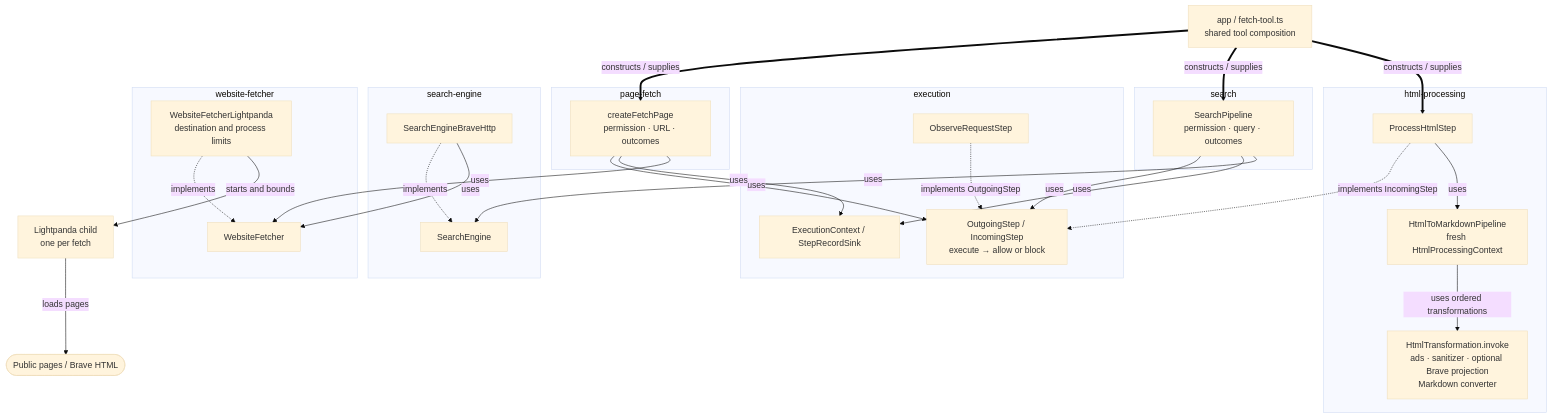
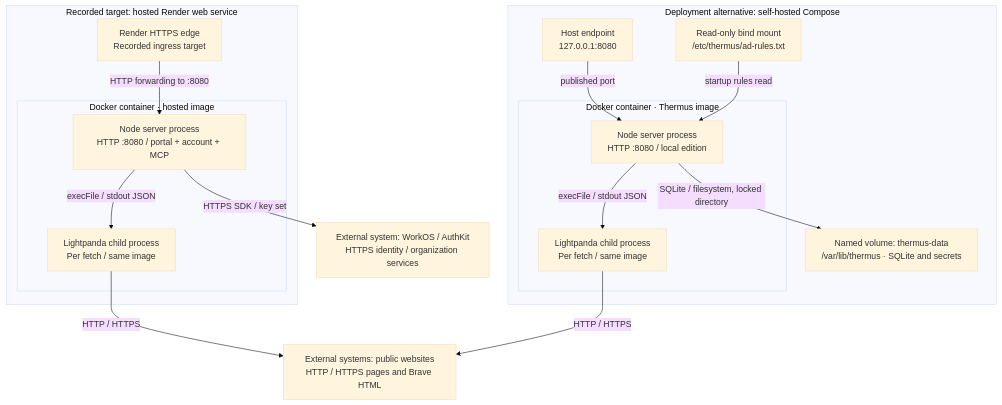
One commit to tomer-mayara/Thermus changed the tenth of 10 diagrams in architecture/components.md. Above: the diagram before and after it, drawn with Mermaid (base theme). The commit also changed other lines of this file, not shown here.

Commit message:
Document arc42 and C4 architecture baseline

````diff
--- a/architecture/components.md
+++ b/architecture/components.md
@@ -174,48 +473,31 @@
 ```mermaid
+%%{init: {"flowchart": {"wrappingWidth": 260}}}%%
 flowchart TB
-  tool_root["app / fetch-tool.ts<br/>shared tool composition"]
-  subgraph tool_fetch_owner["page-fetch"]
-    tool_fetch["createFetchPage<br/>permission · URL · outcomes"]
+  subgraph deploy_local["Deployment alternative: self-hosted Compose"]
+    deploy_loopback["Host endpoint<br/>127.0.0.1:8080"]
+    subgraph deploy_local_docker["Docker container · Thermus image"]
+      deploy_local_node["Node server process<br/>HTTP :8080 / local edition"]
+      deploy_local_child["Lightpanda child process<br/>Per fetch / same image"]
+    end
+    deploy_volume["Named volume: thermus-data<br/>/var/lib/thermus · SQLite and secrets"]
+    deploy_rules["Read-only bind mount<br/>/etc/thermus/ad-rules.txt"]
+    deploy_loopback -->|published port| deploy_local_node
+    deploy_local_node -->|execFile / stdout JSON| deploy_local_child
+    deploy_local_node -->|SQLite / filesystem, locked directory| deploy_volume
+    deploy_rules -->|startup rules read| deploy_local_node
   end
-  subgraph tool_search_owner["search"]
-    tool_search["SearchPipeline<br/>permission · query · outcomes"]
+  subgraph deploy_hosted["Recorded target: hosted Render web service"]
+    deploy_edge["Render HTTPS edge<br/>Recorded ingress target"]
+    subgraph deploy_hosted_docker["Docker container · hosted image"]
+      deploy_hosted_node["Node server process<br/>HTTP :8080 / portal + account + MCP"]
+      deploy_hosted_child["Lightpanda child process<br/>Per fetch / same image"]
+    end
+    deploy_edge -->|HTTP forwarding to :8080| deploy_hosted_node
+    deploy_hosted_node -->|execFile / stdout JSON| deploy_hosted_child
   end
-  subgraph tool_execution_owner["execution"]
-    tool_steps["OutgoingStep / IncomingStep<br/>execute → allow or block"]
-    tool_observer["ObserveRequestStep"]
-    tool_records["ExecutionContext / StepRecordSink"]
-  end
-  subgraph tool_html_owner["html-processing"]
-    tool_process["ProcessHtmlStep"]
-    tool_runner["HtmlToMarkdownPipeline<br/>fresh HtmlProcessingContext"]
-    tool_transforms["HtmlTransformation.invoke<br/>ads · sanitizer · optional Brave projection<br/>Markdown converter"]
-  end
-  subgraph tool_engine_owner["search-engine"]
-    tool_engine_role["SearchEngine"]
-    tool_brave["SearchEngineBraveHttp"]
-  end
-  subgraph tool_fetcher_owner["website-fetcher"]
-    tool_fetch_role["WebsiteFetcher"]
-    tool_lightpanda["WebsiteFetcherLightpanda<br/>destination and process limits"]
-  end
-  tool_child["Lightpanda child<br/>one per fetch"]
-  tool_web(["Public pages / Brave HTML"])
-  tool_root ==>|constructs / supplies| tool_fetch
-  tool_root ==>|constructs / supplies| tool_search
-  tool_root ==>|constructs / supplies| tool_process
-  tool_fetch -->|uses| tool_steps
-  tool_search -->|uses| tool_steps
-  tool_fetch -->|uses| tool_records
-  tool_search -->|uses| tool_records
-  tool_observer -.->|implements OutgoingStep| tool_steps
-  tool_process -.->|implements IncomingStep| tool_steps
-  tool_process -->|uses| tool_runner
-  tool_runner -->|uses ordered transformations| tool_transforms
-  tool_fetch -->|uses| tool_fetch_role
-  tool_search -->|uses| tool_engine_role
-  tool_brave -.->|implements| tool_engine_role
-  tool_brave -->|uses| tool_fetch_role
-  tool_lightpanda -.->|implements| tool_fetch_role
-  tool_lightpanda -->|starts and bounds| tool_child
-  tool_child -->|loads pages| tool_web
+  deploy_workos["External system: WorkOS / AuthKit<br/>HTTPS identity / organization services"]
+  deploy_public["External systems: public websites<br/>HTTP / HTTPS pages and Brave HTML"]
+  deploy_hosted_node -->|HTTPS SDK / key set| deploy_workos
+  deploy_hosted_child -->|HTTP / HTTPS| deploy_public
+  deploy_local_child -->|HTTP / HTTPS| deploy_public
 ```
````
